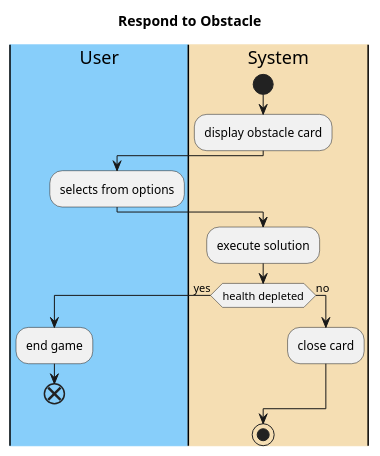
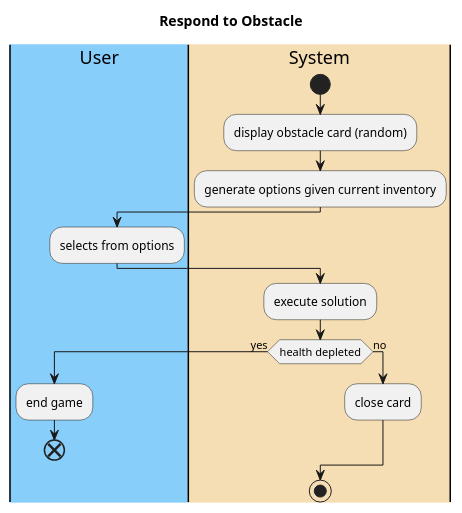
The diagram in CMPU_203_PirateGame/doc/use-cases/Respond_To_Obstacles.md (emutchek/MaraudersAtSea), drawn with PlantUML before and after one commit. The commit also changed other lines of this file and 1 other file, not shown here.

Commit message:
Added to Respond to Obstaacles based on inception feedback

````diff
--- a/CMPU_203_PirateGame/doc/use-cases/Respond_To_Obstacles.md
+++ b/CMPU_203_PirateGame/doc/use-cases/Respond_To_Obstacles.md
@@ -32,25 +34,26 @@
 ```PlantUML
 @startuml
 title Respond to Obstacle
 |#LightSkyBlue|User|
 |#Wheat|System|
 
 |System|
 start
-:display obstacle card;
+:display obstacle card (random);
+:generate options given current inventory;
 |User|
 :selects from options;
 |System|
 :execute solution;
 if (health depleted) then (yes)
     |User|
     :end game;
     end
 else (no)
 |System|
 :close card;
 endif
 
 stop
 @enduml
 ```
````
